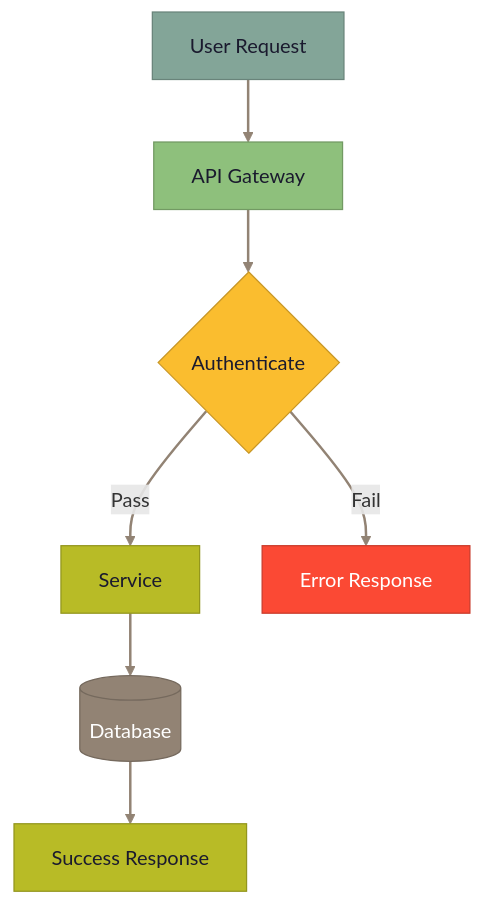
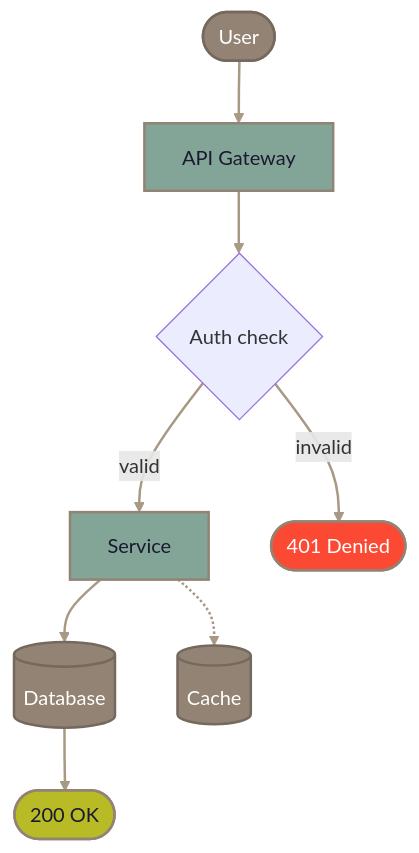
Before and after one commit to mdsakalu/agent-plugins: diagram 13 of 24 in creating-mermaid-diagrams/skills/creating-mermaid-diagrams/references/themes.md, drawn with Mermaid. The commit also changed other lines of this file and 4 other files, not shown here.

First line of the commit message:
refactor(creating-mermaid-diagrams): design-driven styling overhaul

````diff
--- a/creating-mermaid-diagrams/skills/creating-mermaid-diagrams/references/themes.md
+++ b/creating-mermaid-diagrams/skills/creating-mermaid-diagrams/references/themes.md
@@ -494,26 +571,18 @@
 ```mermaid
 flowchart TD
-    user["User Request"] --> api["API Gateway"]
-    api --> auth{"Authenticate"}
-    auth -->|Pass| service["Service"]
-    auth -->|Fail| error["Error Response"]
-    service --> db[("Database")]
-    db --> response["Success Response"]
+    user(["User"]) ==> api["API Gateway"] ==> auth{"Auth check"}
+    auth == valid ==> svc["Service"] ==> db[("Database")] ==> res(["200 OK"])
+    auth -- invalid --> err(["401 Denied"])
+    svc -.-> cache[("Cache")]
 
-    classDef primary fill:#83a598,stroke:#69847a,color:#1a1a2e
-    classDef secondary fill:#928374,stroke:#75695d,color:#ffffff
-    classDef success fill:#b8bb26,stroke:#93961e,color:#1a1a2e
-    classDef warning fill:#fabd2f,stroke:#c89726,color:#1a1a2e
-    classDef danger fill:#fb4934,stroke:#c93a2a,color:#ffffff
-    classDef info fill:#8ec07c,stroke:#729a63,color:#1a1a2e
+    classDef primary fill:#83a598,stroke:#928374,stroke-width:2px,color:#1a1a2e
+    classDef muted fill:#928374,stroke:#75695d,stroke-width:2px,color:#ffffff
+    classDef success fill:#b8bb26,stroke:#928374,stroke-width:2px,color:#1a1a2e
+    classDef danger fill:#fb4934,stroke:#928374,stroke-width:2px,color:#ffffff
+    linkStyle default stroke:#a89984,stroke-width:2px
 
-    linkStyle default stroke:#928374,stroke-width:2px
-
-    class user primary
-    class api info
-    class auth warning
-    class service success
-    class error danger
-    class db secondary
-    class response success
+    class api,svc primary
+    class user,db,cache muted
+    class res success
+    class err danger
 ```
````
